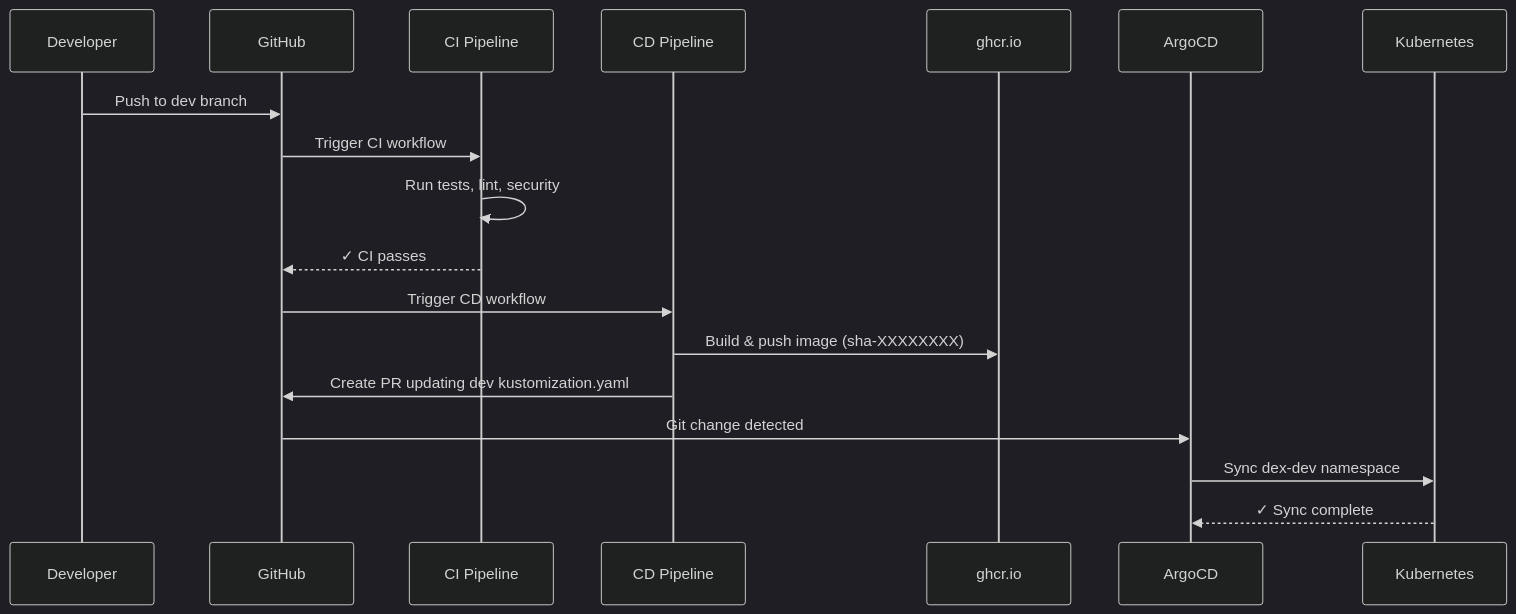
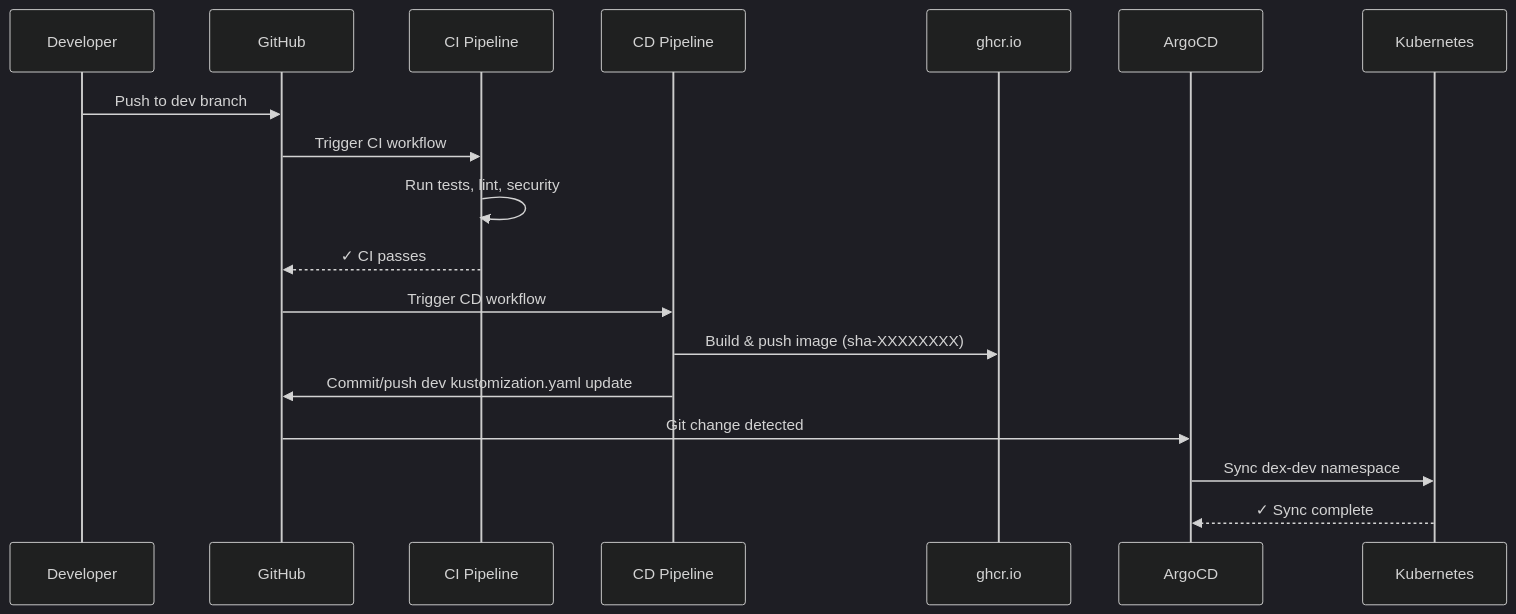
The second of 4 diagrams in docs/CI_CD.md (data-literate/DEX), drawn with Mermaid (dark theme) before and after one commit. The commit also changed other lines of this file and 83 other files, not shown here.

````diff
--- a/docs/CI_CD.md
+++ b/docs/CI_CD.md
@@ -310,21 +306,21 @@
 ```mermaid
 sequenceDiagram
     participant Dev as Developer
     participant GH as GitHub
     participant CI as CI Pipeline
     participant CD as CD Pipeline
     participant GHCR as ghcr.io
     participant Argo as ArgoCD
     participant K8s as Kubernetes
 
     Dev->>GH: Push to dev branch
     GH->>CI: Trigger CI workflow
     CI->>CI: Run tests, lint, security
     CI-->>GH: ✓ CI passes
     GH->>CD: Trigger CD workflow
     CD->>GHCR: Build & push image (sha-XXXXXXXX)
-    CD->>GH: Create PR updating dev kustomization.yaml
+    CD->>GH: Commit/push dev kustomization.yaml update
     GH->>Argo: Git change detected
     Argo->>K8s: Sync dex-dev namespace
     K8s-->>Argo: ✓ Sync complete
 ```
````
